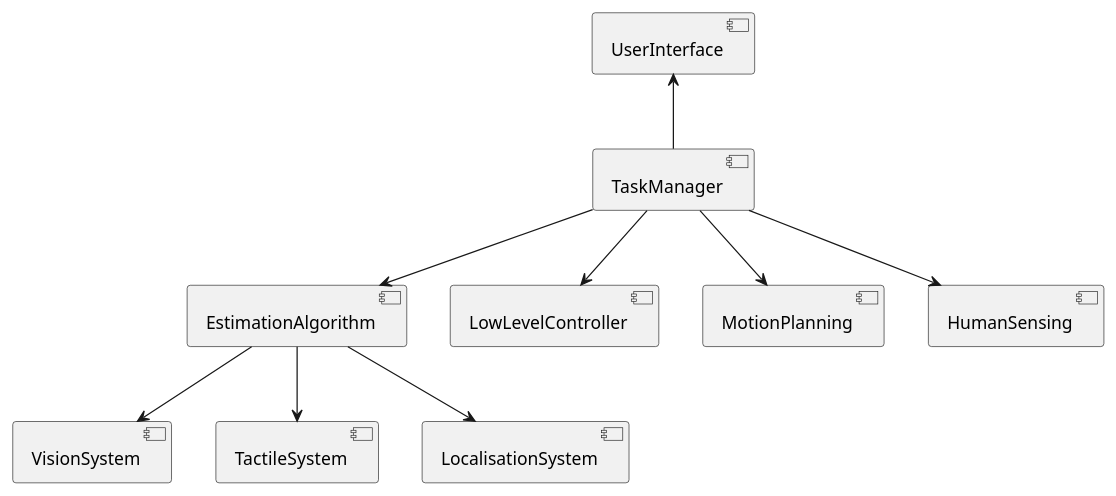
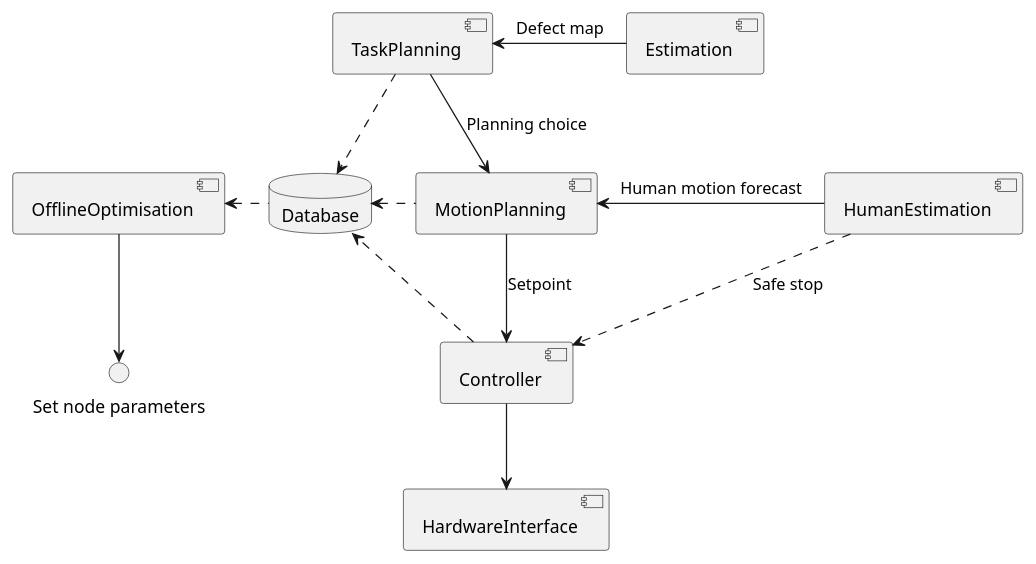
Before and after one commit to magician-project/magician-project: the second of 10 diagrams in framework.md, drawn with PlantUML. The commit also changed other lines of this file and 1 other file, not shown here.

````diff
--- a/framework.md
+++ b/framework.md
@@ -139,14 +70,22 @@
 ```{plantuml}
 :width: 700px
 @startuml
-[UserInterface] <-down- [TaskManager]
-[TaskManager] --> [EstimationAlgorithm]
-[TaskManager] --> [LowLevelController]
-[TaskManager] --> [MotionPlanning]
-[TaskManager] --> [HumanSensing]
+[TaskPlanning] -down-> [MotionPlanning]: "Planning choice"
+[MotionPlanning] -down-> [Controller]: "Setpoint"
+[Controller] -down-> [HardwareInterface]
+[HumanEstimation] -left-> [MotionPlanning]: "Human motion forecast"
+[Estimation] -left-> [TaskPlanning]: "Defect map"
 
-[EstimationAlgorithm] --> [VisionSystem]
-[EstimationAlgorithm] --> [TactileSystem]
-[EstimationAlgorithm] --> [LocalisationSystem]
+[HumanEstimation] ..> [Controller]: "Safe stop"
+
+database "Database"
+[TaskPlanning] ..> Database
+[MotionPlanning] .left.> Database
+[Controller] ..> Database
+
+Database .left.> [OfflineOptimisation]
+[OfflineOptimisation] -down-> "Set node parameters"
+
+
 @enduml
 ```
````
